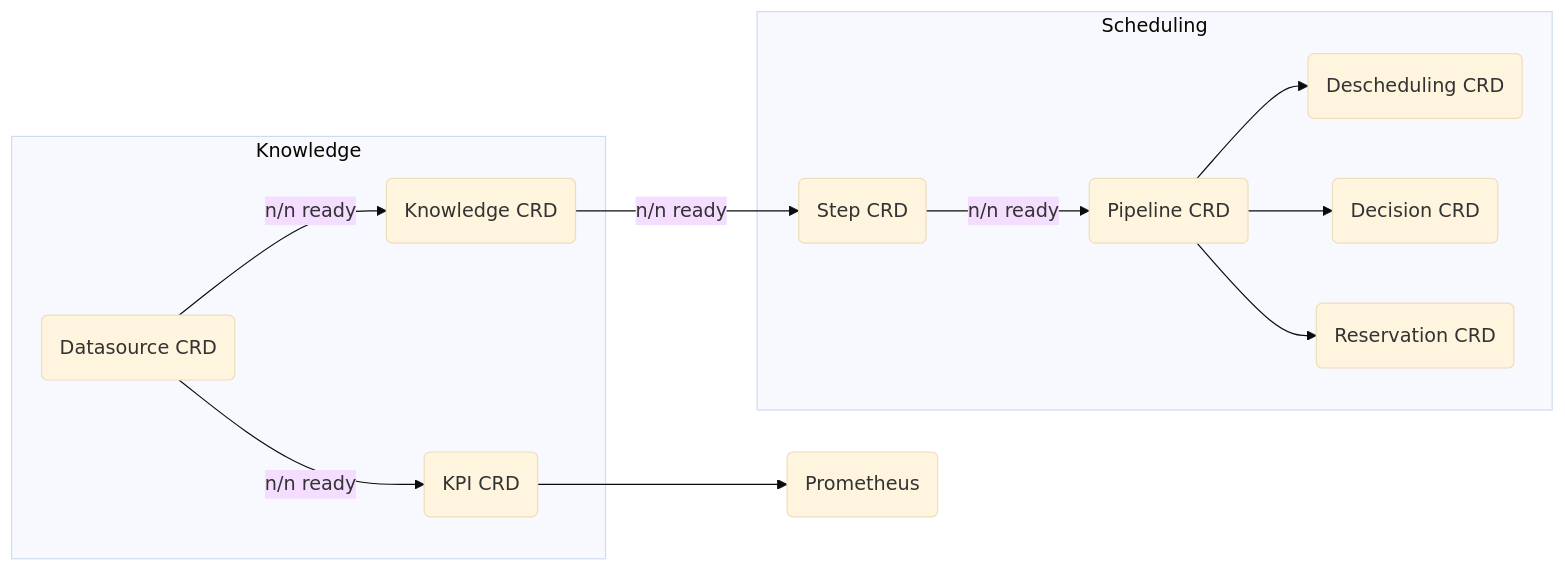
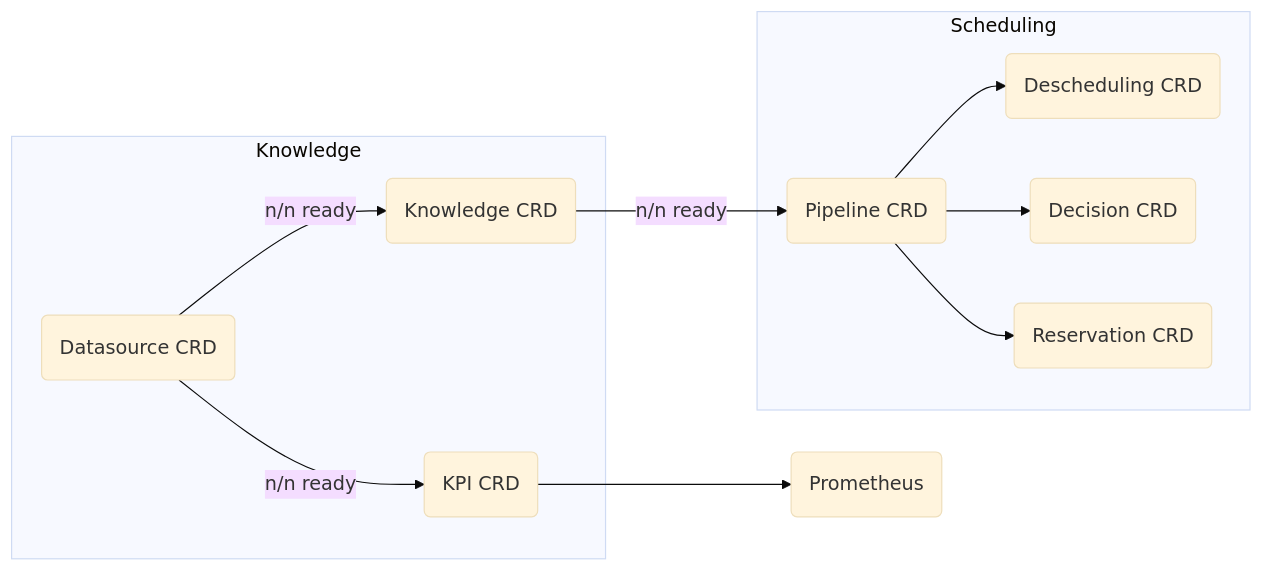
One commit to cobaltcore-dev/cortex changed the diagram in docs/apis.md. Above: the diagram before and after it, drawn with Mermaid (base theme). The commit also changed other lines of this file, not shown here.

Commit message:
Cleanup: remove step from api docs [skip ci]

````diff
--- a/docs/apis.md
+++ b/docs/apis.md
@@ -7,26 +7,24 @@
 ```mermaid
 graph LR;
     subgraph knowledgedb [Knowledge]
     datasource(Datasource CRD)
     kpi(KPI CRD)
     knowledge(Knowledge CRD)
     datasource -- n/n ready --> kpi
     datasource -- n/n ready --> knowledge
     end
 
     subgraph scheduling [Scheduling]
-    step(Step CRD)
     pipeline(Pipeline CRD)
-    step -- n/n ready --> pipeline
     descheduling(Descheduling CRD)
     decision(Decision CRD)
     reservation(Reservation CRD)
     pipeline --> descheduling
     pipeline --> decision
     pipeline --> reservation
     end
 
     prometheus(Prometheus)
     kpi --> prometheus
-    knowledge -- n/n ready --> step
+    knowledge -- n/n ready --> pipeline
 ```
````
